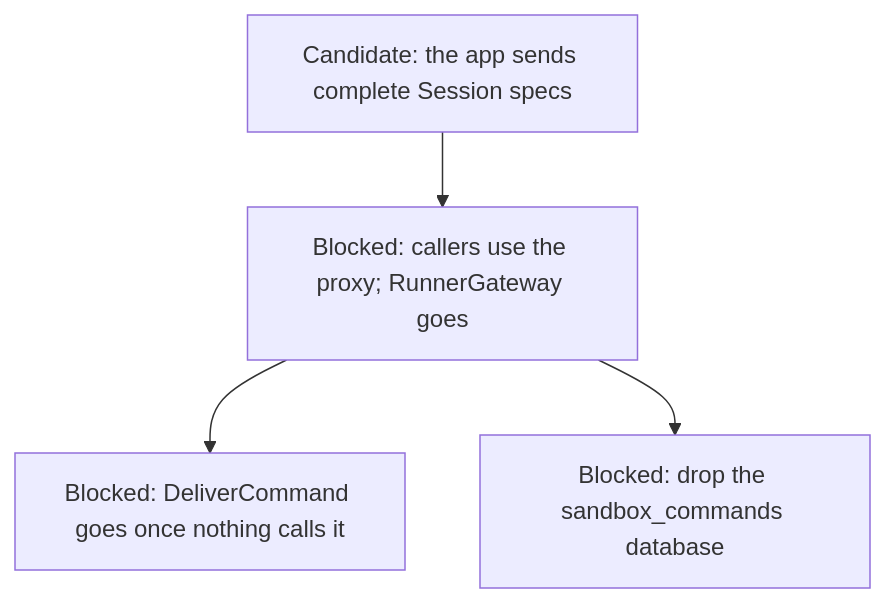
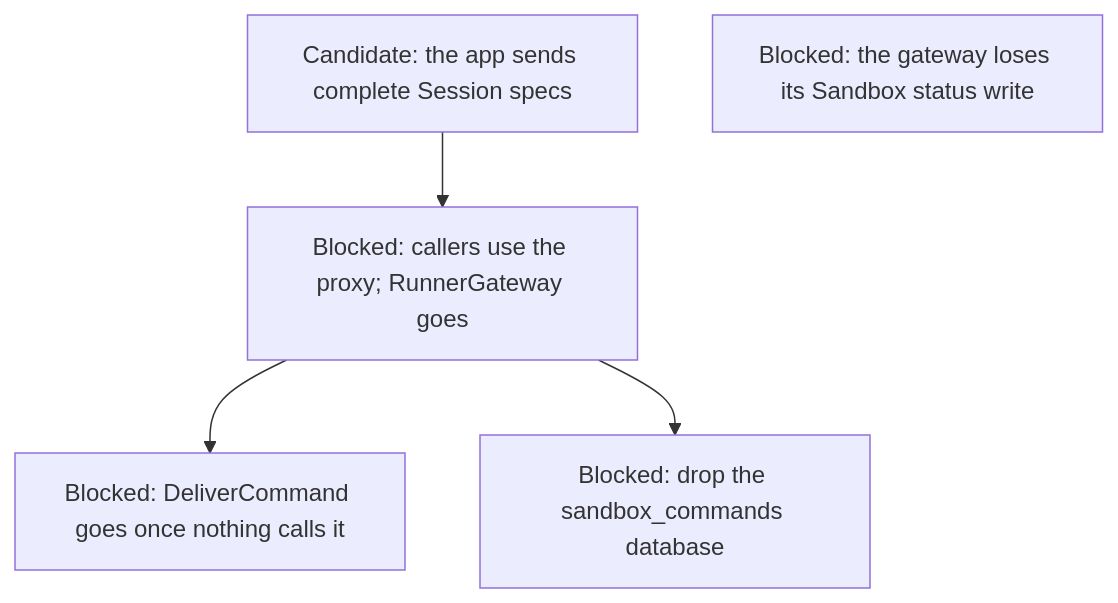
Diagram 14 of 14 in agentplane/plans/task_dag.md (agentydragon-agent/ducktape), drawn with Mermaid before and after one commit. The commit also changed other lines of this file and 3 other files, not shown here.

````diff
--- a/agentplane/plans/task_dag.md
+++ b/agentplane/plans/task_dag.md
@@ -1317,10 +1317,11 @@
 ```mermaid
 flowchart TD
     APP_SESSION_DEFAULTS[Candidate: the app sends complete Session specs]
     RUNNER_COMMAND_RPCS[Blocked: DeliverCommand goes once nothing calls it]
     GATEWAY_WRAPPER_RETIRE --> RUNNER_COMMAND_RPCS
     GATEWAY_WRAPPER_RETIRE[Blocked: callers use the proxy; RunnerGateway goes]
     GATEWAY_DATABASE_DROP[Blocked: drop the sandbox_commands database]
+    GATEWAY_STATUS_RBAC_REMOVE[Blocked: the gateway loses its Sandbox status write]
     APP_SESSION_DEFAULTS --> GATEWAY_WRAPPER_RETIRE
     GATEWAY_WRAPPER_RETIRE --> GATEWAY_DATABASE_DROP
 ```
````
